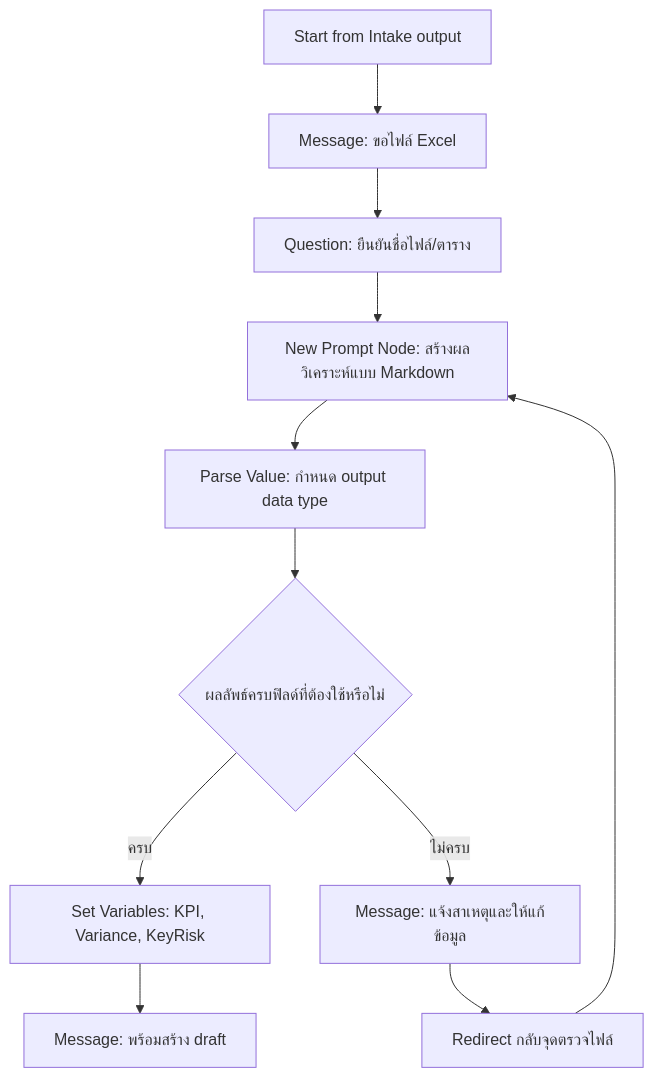
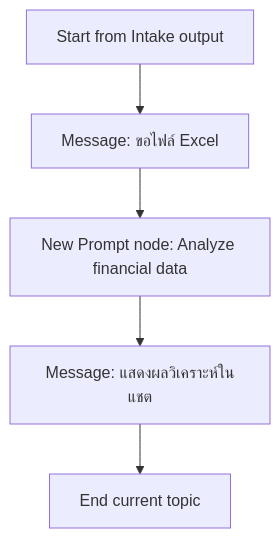
Before and after one commit to teerasej/ptt-gc-ai-creatiion-public: the diagram in exercises/module-2/exercise-3-excel-analysis-action/README.md, drawn with Mermaid. The commit also changed other lines of this file and 3 other files, not shown here.

````diff
--- a/exercises/module-2/exercise-3-excel-analysis-action/README.md
+++ b/exercises/module-2/exercise-3-excel-analysis-action/README.md
@@ -19,13 +19,7 @@
 ```mermaid
 flowchart TD
     A[Start from Intake output] --> B[Message: ขอไฟล์ Excel]
-    B --> C[Question: ยืนยันชื่อไฟล์/ตาราง]
-   C --> D[New Prompt Node: สร้างผลวิเคราะห์แบบ Markdown]
-   D --> E[Parse Value: กำหนด output data type]
-   E --> F{ผลลัพธ์ครบฟิลด์ที่ต้องใช้หรือไม่}
-   F -->|ครบ| G[Set Variables: KPI, Variance, KeyRisk]
-   F -->|ไม่ครบ| H[Message: แจ้งสาเหตุและให้แก้ข้อมูล]
-   H --> I[Redirect กลับจุดตรวจไฟล์]
-   I --> D
-   G --> J[Message: พร้อมสร้าง draft]
+   B --> C[New Prompt node: Analyze financial data]
+   C --> D[Message: แสดงผลวิเคราะห์ในแชต]
+   D --> E[End current topic]
 ```
````
